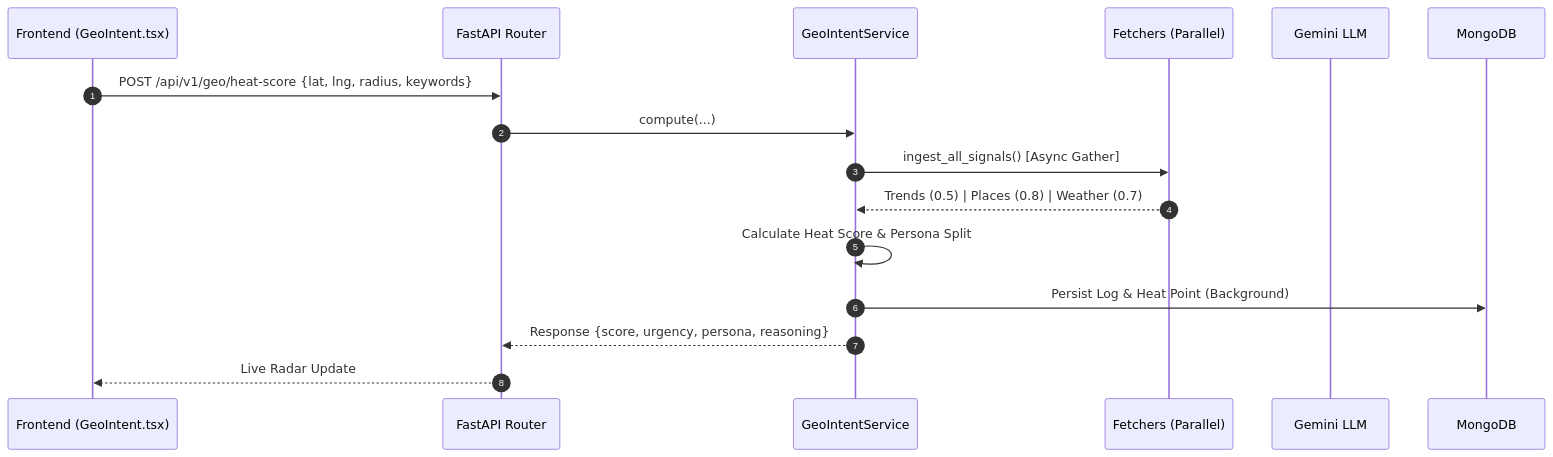
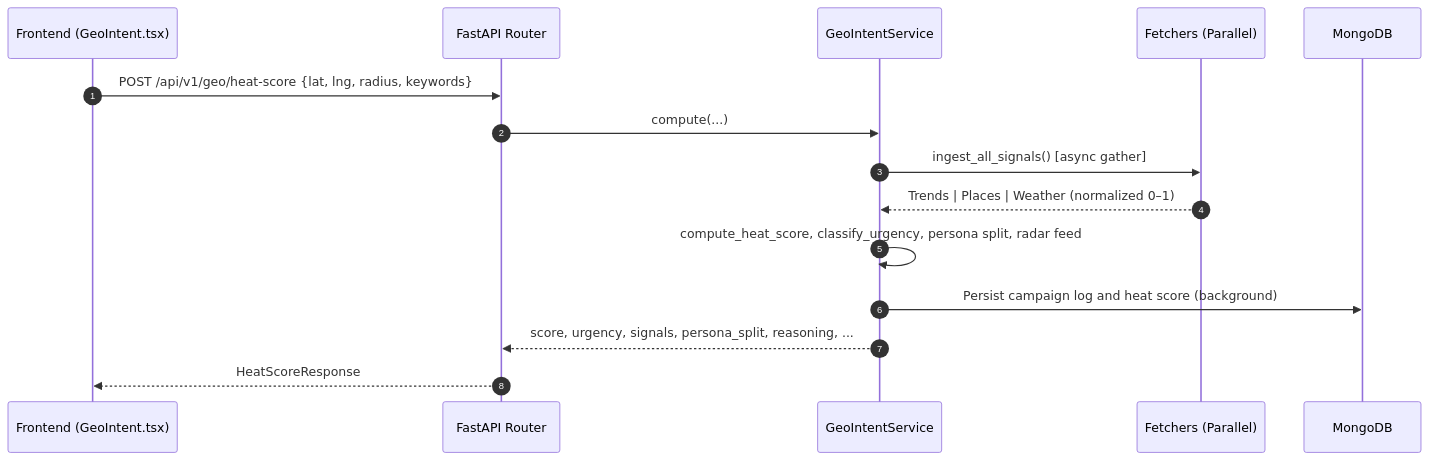
The first of 2 diagrams in geo_intent.md (Nooreeman2004/raamp_fyp_final_2026), drawn with Mermaid before and after one commit. The commit also changed other lines of this file and 62 other files, not shown here.

First line of the commit message:
feat: stabilize geo-intent UX, timeouts, and auth flows

````diff
--- a/geo_intent.md
+++ b/geo_intent.md
@@ -43,19 +53,18 @@
 ```mermaid
 sequenceDiagram
   autonumber
   participant FE as Frontend (GeoIntent.tsx)
   participant API as FastAPI Router
   participant SVC as GeoIntentService
   participant F as Fetchers (Parallel)
-  participant AI as Gemini LLM
   participant DB as MongoDB
 
   FE->>API: POST /api/v1/geo/heat-score {lat, lng, radius, keywords}
   API->>SVC: compute(...)
-  SVC->>F: ingest_all_signals() [Async Gather]
-  F-->>SVC: Trends (0.5) | Places (0.8) | Weather (0.7)
-  SVC->>SVC: Calculate Heat Score & Persona Split
-  SVC->>DB: Persist Log & Heat Point (Background)
-  SVC-->>API: Response {score, urgency, persona, reasoning}
-  API-->>FE: Live Radar Update
+  SVC->>F: ingest_all_signals() [async gather]
+  F-->>SVC: Trends | Places | Weather (normalized 0–1)
+  SVC->>SVC: compute_heat_score, classify_urgency, persona split, radar feed
+  SVC->>DB: Persist campaign log and heat score (background)
+  SVC-->>API: score, urgency, signals, persona_split, reasoning, ...
+  API-->>FE: HeatScoreResponse
 ```
````
